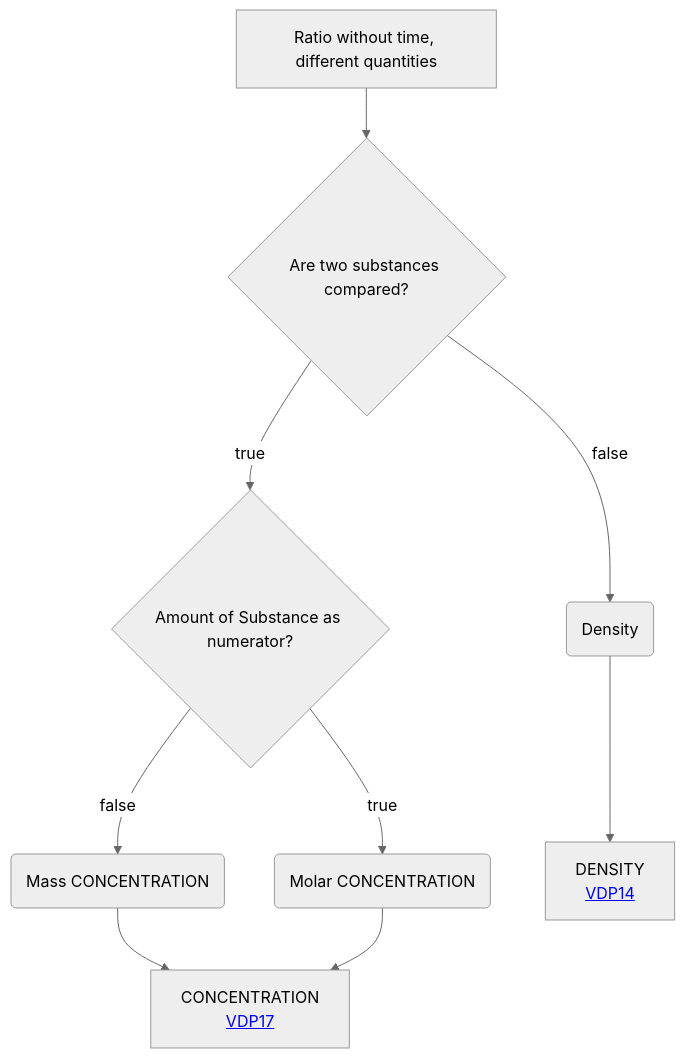
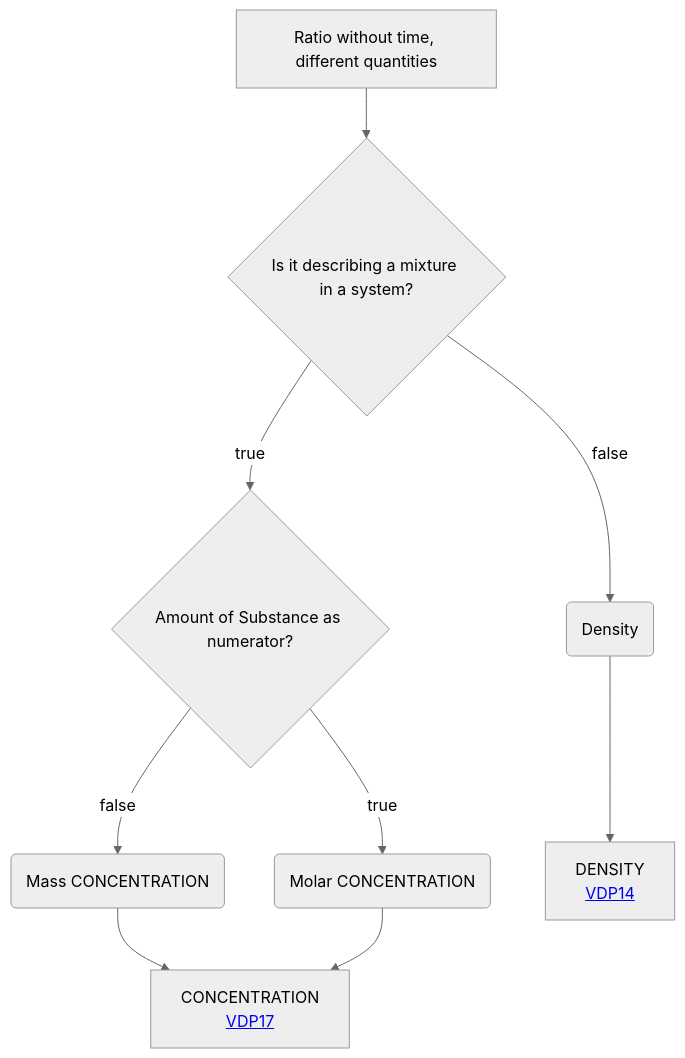
Before and after one commit to mabablue/I-ADOPT-patterns-playground: the diagram in Decisition_trees/DT4.mmd, drawn with Mermaid (neutral theme).

```diff
--- a/Decisition_trees/DT4.mmd
+++ b/Decisition_trees/DT4.mmd
@@ -1,9 +1,9 @@
 flowchart TD
-    A[Ratio without time, different quantities] --> P{Are two substances compared?}
+    A[Ratio without time, different quantities] --> P{Is it describing a mixture in a system?}
     P --> |true|Q{Amount of Substance as numerator?}
     Q --> |true|R(Molar CONCENTRATION)
     Q --> |false|S(Mass CONCENTRATION)
     P --> |false|U(Density)
     S --> T[CONCENTRATION <br> <a href='https://github.com/mabablue/I-ADOPT-patterns-playground/blob/main/pattern/VDP17.yaml'>VDP17</a>]
     R --> T
     U --> V[DENSITY <br> <a href='https://github.com/mabablue/I-ADOPT-patterns-playground/blob/main/pattern/VDP14.yaml'>VDP14</a>]
```
